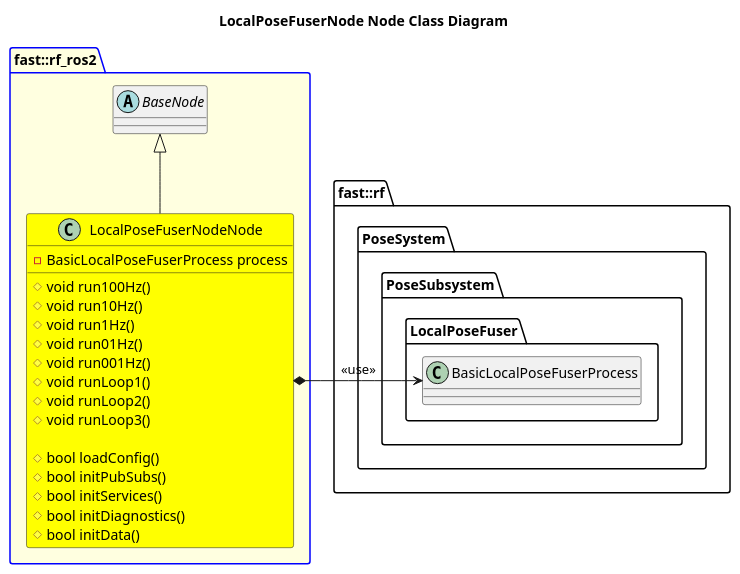
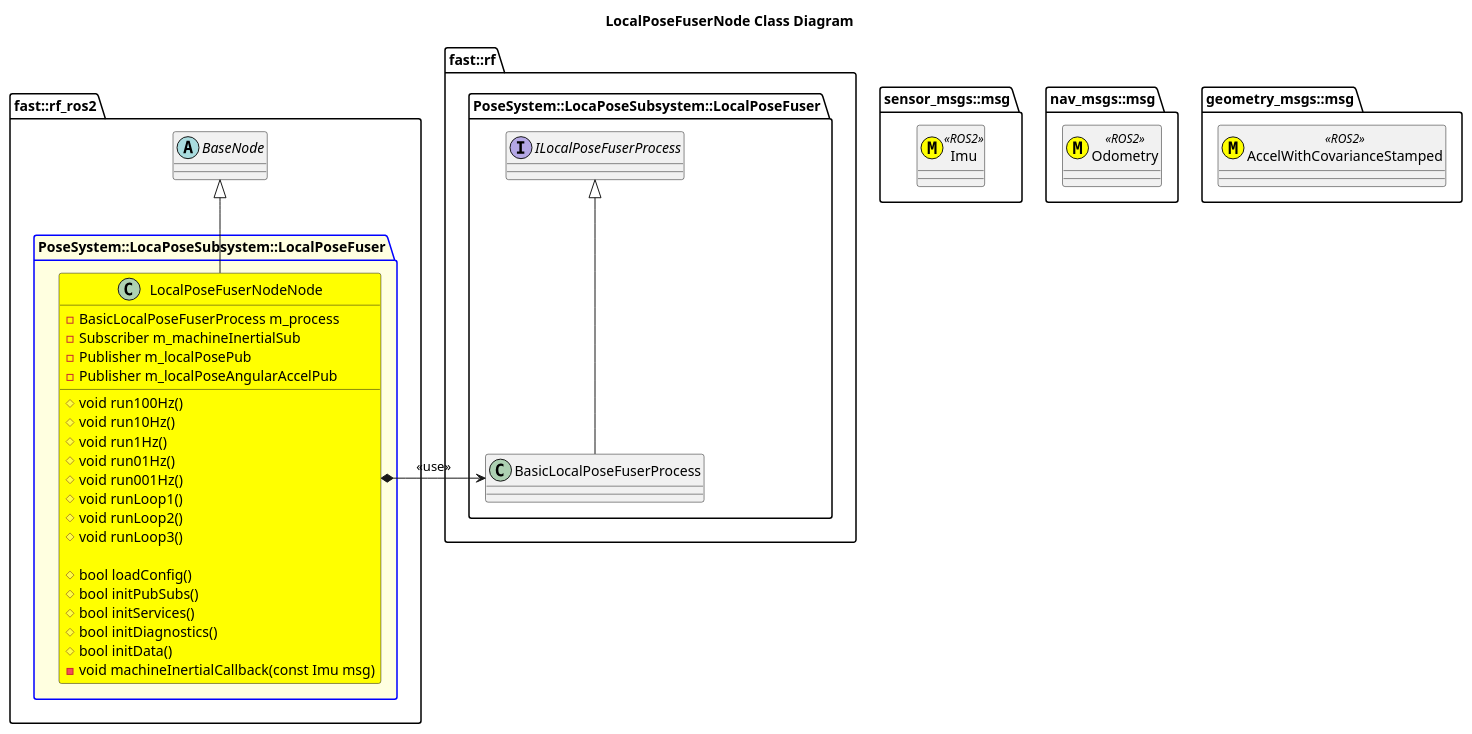
The diagram in Systems/Pose/Subsystems/LocalPose/Nodes/LocalPoseFuserNode/doc/puml/LocalPoseFuserNodeClassDiagram.puml (fastrobotics/robot_framework_ros2), drawn with PlantUML before and after one commit. The commit also changed 17 other files, not shown here.

```diff
--- a/Systems/Pose/Subsystems/LocalPose/Nodes/LocalPoseFuserNode/doc/puml/LocalPoseFuserNodeClassDiagram.puml
+++ b/Systems/Pose/Subsystems/LocalPose/Nodes/LocalPoseFuserNode/doc/puml/LocalPoseFuserNodeClassDiagram.puml
@@ -2,38 +2,52 @@
 @startuml
-title LocalPoseFuserNode Node Class Diagram
+title LocalPoseFuserNode Class Diagram
+namespace sensor_msgs::msg {
+    class Imu <<(M,#FFFF00)>> <<ROS2>>
+}
+namespace nav_msgs::msg {
+    class Odometry <<(M,#FFFF00)>> <<ROS2>>
+}
+namespace geometry_msgs::msg {
+    class AccelWithCovarianceStamped <<(M,#FFFF00)>> <<ROS2>>
+}
 namespace fast::rf {
-    namespace PoseSystem {
-        namespace PoseSubsystem {
-            namespace LocalPoseFuser {
-                class BasicLocalPoseFuserProcess
-            }
-        }
+    namespace PoseSystem::LocaPoseSubsystem::LocalPoseFuser {
+        interface ILocalPoseFuserProcess
+        class BasicLocalPoseFuserProcess
+        BasicLocalPoseFuserProcess -up-|> ILocalPoseFuserProcess
     }
 }
-package fast::rf_ros2 #LightYellow;line:blue { 
+namespace fast::rf_ros2 { 
     abstract BaseNode {
 
     }
-    class LocalPoseFuserNodeNode #Yellow {
-        #void run100Hz()
-        #void run10Hz()
-        #void run1Hz()
-        #void run01Hz()
-        #void run001Hz()
-        #void runLoop1()
-        #void runLoop2()
-        #void runLoop3()
+    package PoseSystem::LocaPoseSubsystem::LocalPoseFuser #LightYellow;line:blue  {
+        class LocalPoseFuserNodeNode #Yellow {
+            #void run100Hz()
+            #void run10Hz()
+            #void run1Hz()
+            #void run01Hz()
+            #void run001Hz()
+            #void runLoop1()
+            #void runLoop2()
+            #void runLoop3()
 
-        #bool loadConfig()
-        #bool initPubSubs()
-        #bool initServices()
-        #bool initDiagnostics()
-        #bool initData()
-        -BasicLocalPoseFuserProcess process
+            #bool loadConfig()
+            #bool initPubSubs()
+            #bool initServices()
+            #bool initDiagnostics()
+            #bool initData()
+            -void machineInertialCallback(const Imu msg)
+            -BasicLocalPoseFuserProcess m_process
+            -Subscriber m_machineInertialSub
+            -Publisher m_localPosePub
+            -Publisher m_localPoseAngularAccelPub
+        }
+        LocalPoseFuserNodeNode -up-|> BaseNode
+        LocalPoseFuserNodeNode *-right-> BasicLocalPoseFuserProcess: <<use>>
+        
     }
-    LocalPoseFuserNodeNode -up-|> BaseNode
-    LocalPoseFuserNodeNode *-right-> BasicLocalPoseFuserProcess: <<use>>
 
 }
 
 @enduml
```
